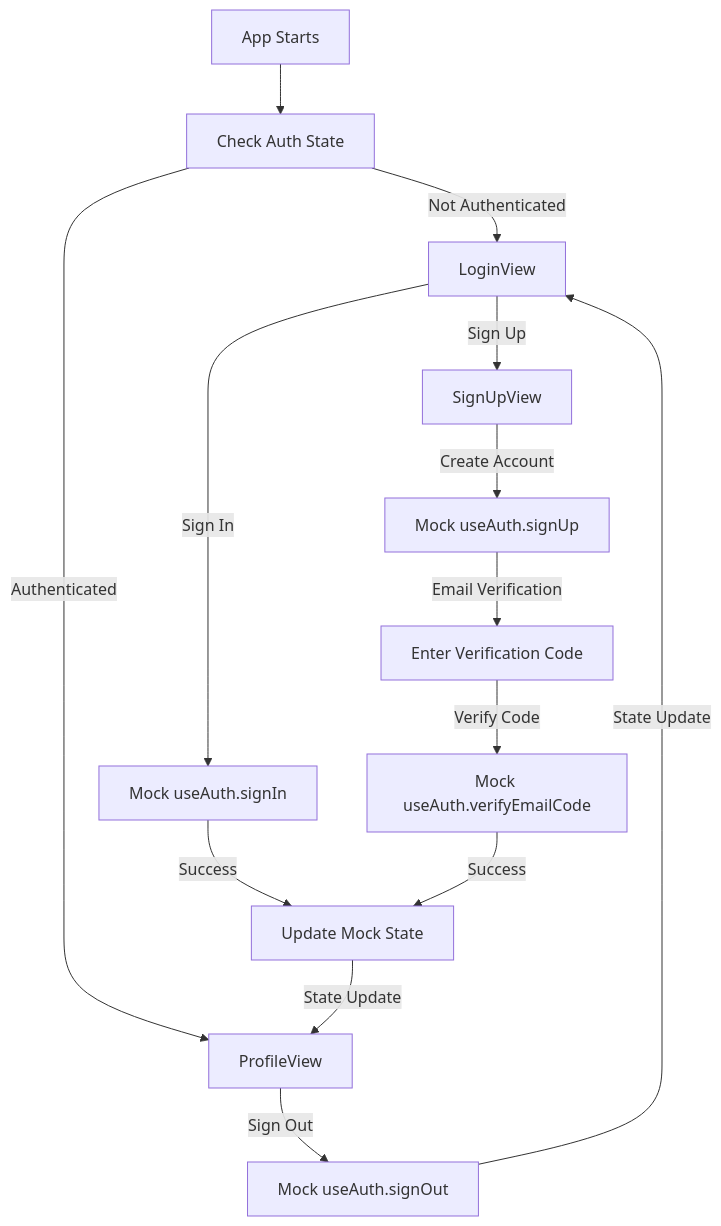
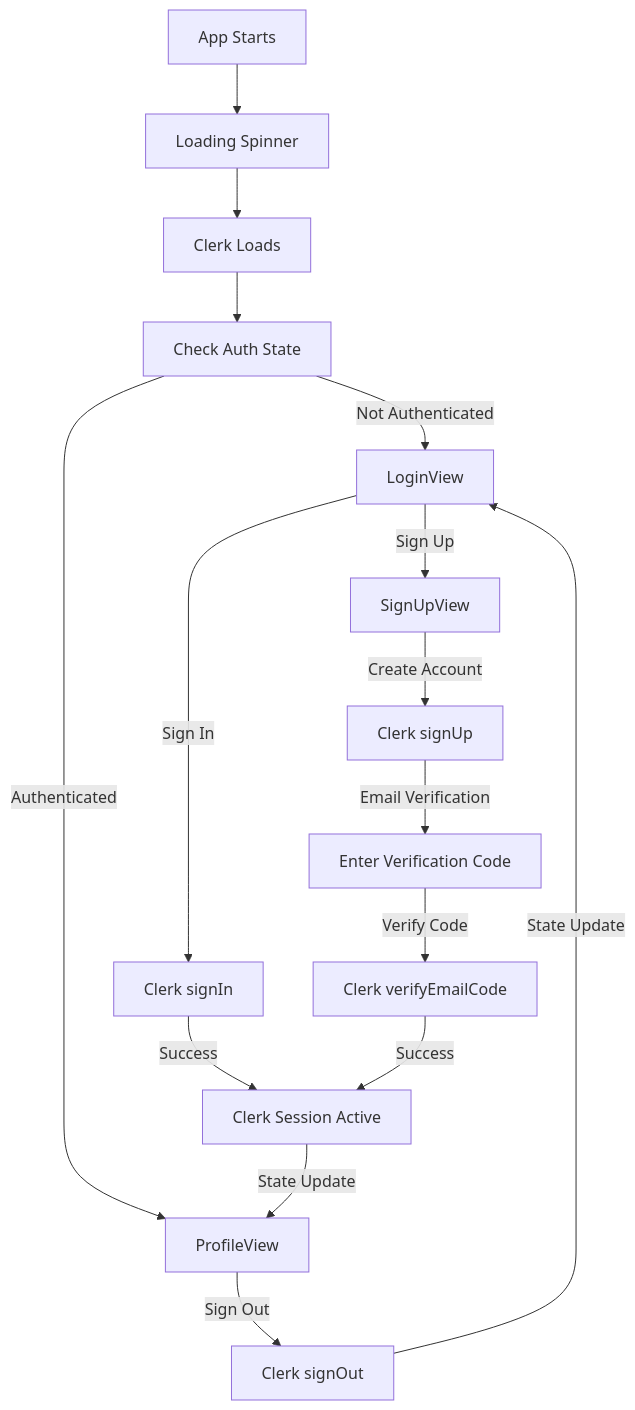
Before and after one commit to aaronksaunders/ionic-vue-clerk-tutorial-start: the diagram in README.md, drawn with Mermaid. The commit also changed other lines of this file, not shown here.

First line of the commit message:
feat: update README to reflect Clerk authentication integration and mobile optimization

````diff
--- a/README.md
+++ b/README.md
@@ -87,19 +122,21 @@
 ```mermaid
 graph TD
-    A[App Starts] --> B[Check Auth State]
-    B -->|Not Authenticated| C[LoginView]
-    B -->|Authenticated| D[ProfileView]
+    A[App Starts] --> B[Loading Spinner]
+    B --> C[Clerk Loads]
+    C --> D[Check Auth State]
+    D -->|Not Authenticated| E[LoginView]
+    D -->|Authenticated| F[ProfileView]
     
-    C -->|Sign In| E[Mock useAuth.signIn]
-    C -->|Sign Up| F[SignUpView]
-    F -->|Create Account| G[Mock useAuth.signUp]
-    G -->|Email Verification| H[Enter Verification Code]
-    H -->|Verify Code| I[Mock useAuth.verifyEmailCode]
+    E -->|Sign In| G[Clerk signIn]
+    E -->|Sign Up| H[SignUpView]
+    H -->|Create Account| I[Clerk signUp]
+    I -->|Email Verification| J[Enter Verification Code]
+    J -->|Verify Code| K[Clerk verifyEmailCode]
     
-    E -->|Success| J[Update Mock State]
-    I -->|Success| J
-    J -->|State Update| D
+    G -->|Success| L[Clerk Session Active]
+    K -->|Success| L
+    L -->|State Update| F
     
-    D -->|Sign Out| K[Mock useAuth.signOut]
-    K -->|State Update| C
+    F -->|Sign Out| M[Clerk signOut]
+    M -->|State Update| E
 ```
````
